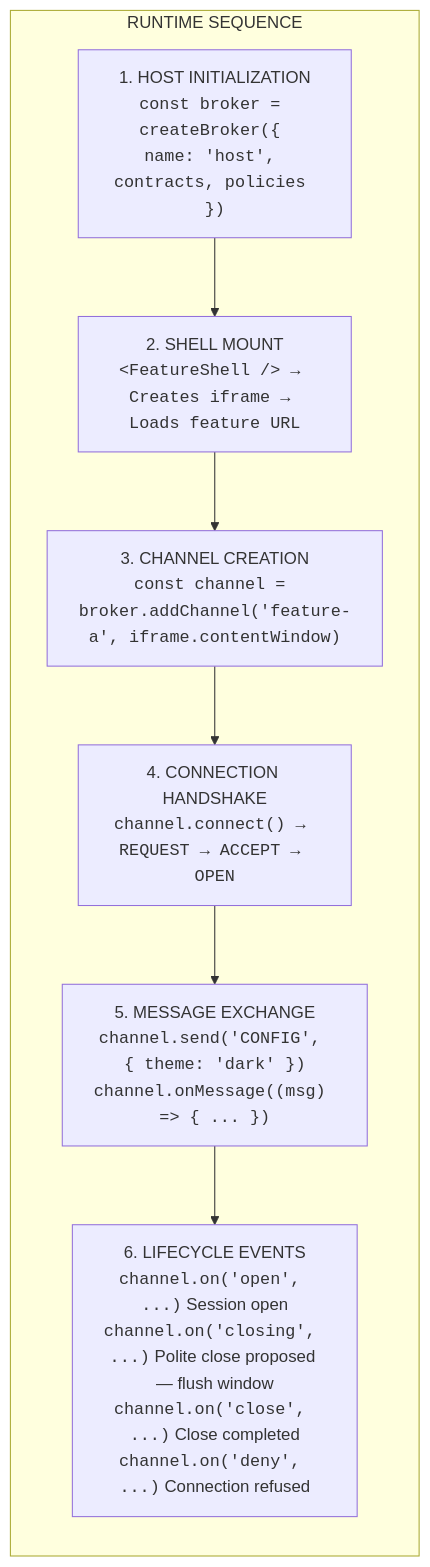
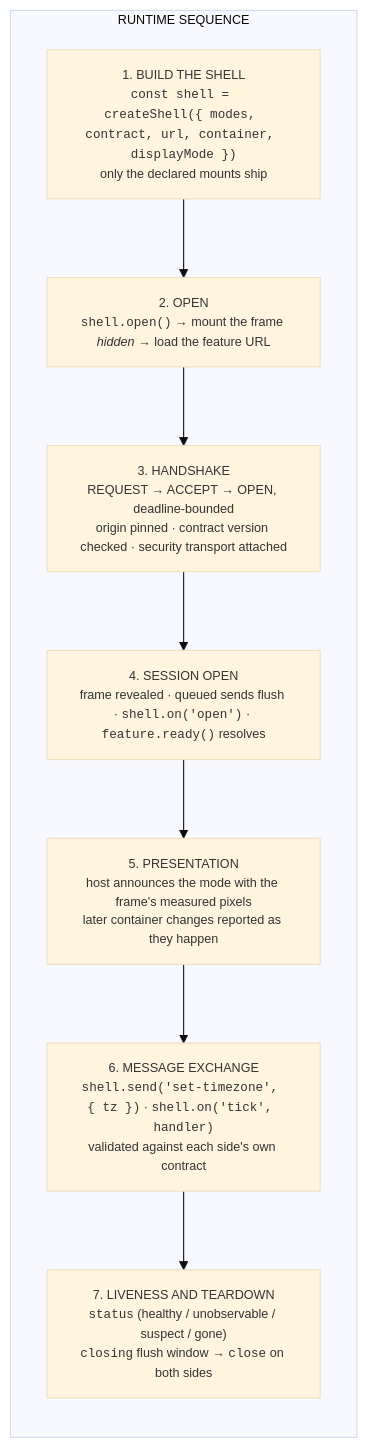
The seventh of 8 diagrams in ARCHITECTURE.md (AndrewRedican/hyperfrontend), drawn with Mermaid before and after one commit. The commit also changed other lines of this file and 2 other files, not shown here.

Commit message:
docs(@hyperfrontend/workspace): describe the shipped shell pattern and session model

````diff
--- a/ARCHITECTURE.md
+++ b/ARCHITECTURE.md
@@ -351,14 +412,21 @@
 ```mermaid
+---
+config:
+  theme: base
+  themeVariables:
+    fontSize: 12px
+---
 flowchart TB
     subgraph runtime["RUNTIME SEQUENCE"]
         direction TB
-        step1["1. HOST INITIALIZATION<br/><code>const broker = createBroker({ name: 'host', contracts, policies })</code>"]
-        step2["2. SHELL MOUNT<br/><code>&lt;FeatureShell /&gt; → Creates iframe → Loads feature URL</code>"]
-        step3["3. CHANNEL CREATION<br/><code>const channel = broker.addChannel('feature-a', iframe.contentWindow)</code>"]
-        step4["4. CONNECTION HANDSHAKE<br/><code>channel.connect() → REQUEST → ACCEPT → OPEN</code>"]
-        step5["5. MESSAGE EXCHANGE<br/><code>channel.send('CONFIG', { theme: 'dark' })</code><br/><code>channel.onMessage((msg) => { ... })</code>"]
-        step6["6. LIFECYCLE EVENTS<br/><code>channel.on('open', ...)</code> Session open<br/><code>channel.on('closing', ...)</code> Polite close proposed — flush window<br/><code>channel.on('close', ...)</code> Close completed<br/><code>channel.on('deny', ...)</code> Connection refused"]
+        step1["1. BUILD THE SHELL<br/><code>const shell = createShell({ modes, contract, url, container, displayMode })</code><br/>only the declared mounts ship"]
+        step2["2. OPEN<br/><code>shell.open()</code> → mount the frame <i>hidden</i> → load the feature URL"]
+        step3["3. HANDSHAKE<br/>REQUEST → ACCEPT → OPEN, deadline-bounded<br/>origin pinned · contract version checked · security transport attached"]
+        step4["4. SESSION OPEN<br/>frame revealed · queued sends flush · <code>shell.on('open')</code> · <code>feature.ready()</code> resolves"]
+        step5["5. PRESENTATION<br/>host announces the mode with the frame's measured pixels<br/>later container changes reported as they happen"]
+        step6["6. MESSAGE EXCHANGE<br/><code>shell.send('set-timezone', { tz })</code> · <code>shell.on('tick', handler)</code><br/>validated against each side's own contract"]
+        step7["7. LIVENESS AND TEARDOWN<br/><code>status</code> (healthy / unobservable / suspect / gone)<br/><code>closing</code> flush window → <code>close</code> on both sides"]
 
-        step1 --> step2 --> step3 --> step4 --> step5 --> step6
+        step1 --> step2 --> step3 --> step4 --> step5 --> step6 --> step7
     end
 ```
````
